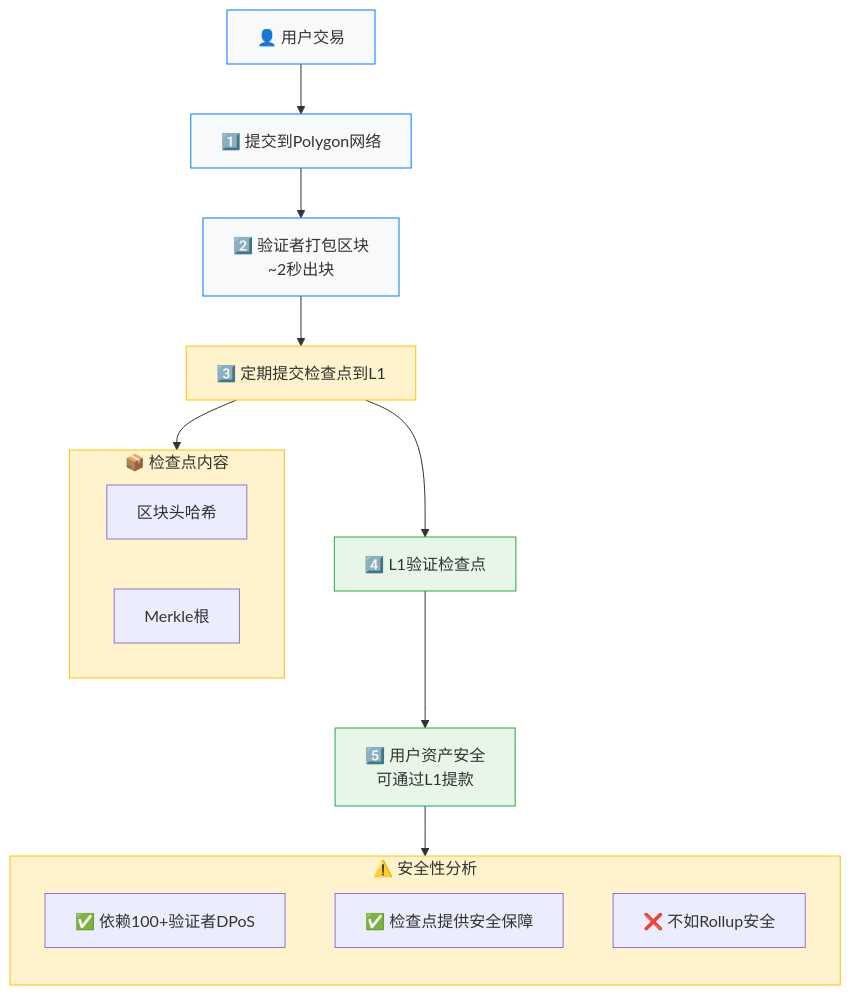
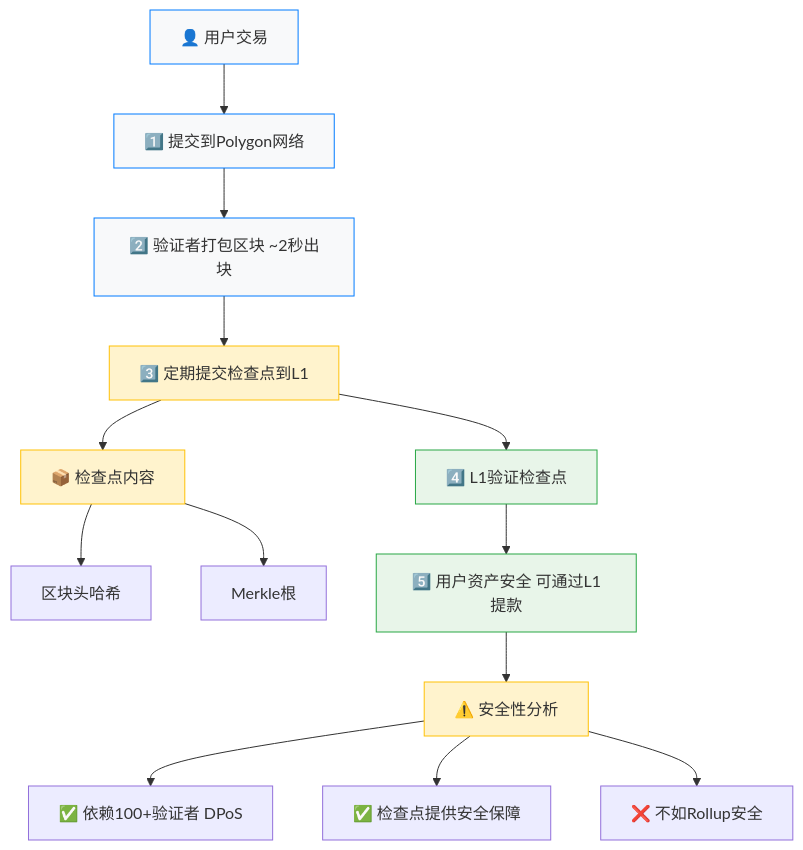
The eighth of 9 diagrams in docs/《精通以太坊》/第16章-以太坊扩容.md (web3-wallet-org/web3-wallet-notes), drawn with Mermaid before and after one commit. The commit also changed other lines of this file and 5 other files, not shown here.

````diff
--- a/docs/《精通以太坊》/第16章-以太坊扩容.md
+++ b/docs/《精通以太坊》/第16章-以太坊扩容.md
@@ -530,34 +544,36 @@
 ```mermaid
 graph TD
     A["👤 用户交易"] --> B["1️⃣ 提交到Polygon网络"]
-    B --> C["2️⃣ 验证者打包区块<br/>~2秒出块"]
+    B --> C["2️⃣ 验证者打包区块 ~2秒出块"]
     C --> D["3️⃣ 定期提交检查点到L1"]
     
-    subgraph Checkpoint["📦 检查点内容"]
-        direction LR
-        BlockHash["区块头哈希"]
-        MerkleRoot["Merkle根"]
-    end
+    Checkpoint["📦 检查点内容"]
+    BlockHash["区块头哈希"]
+    MerkleRoot["Merkle根"]
     
     D --> Checkpoint
+    Checkpoint --> BlockHash
+    Checkpoint --> MerkleRoot
+    
     D --> E["4️⃣ L1验证检查点"]
-    E --> F["5️⃣ 用户资产安全<br/>可通过L1提款"]
+    E --> F["5️⃣ 用户资产安全 可通过L1提款"]
     
-    subgraph Security["⚠️ 安全性分析"]
-        direction TB
-        S1["✅ 依赖100+验证者DPoS"]
-        S2["✅ 检查点提供安全保障"]
-        S3["❌ 不如Rollup安全"]
-    end
+    Security["⚠️ 安全性分析"]
+    S1["✅ 依赖100+验证者 DPoS"]
+    S2["✅ 检查点提供安全保障"]
+    S3["❌ 不如Rollup安全"]
     
     F --> Security
+    Security --> S1
+    Security --> S2
+    Security --> S3
     
     style A fill:#f8f9fa,stroke:#007bff,color:#333
     style B fill:#f8f9fa,stroke:#007bff,color:#333
     style C fill:#f8f9fa,stroke:#007bff,color:#333
     style D fill:#fff3cd,stroke:#ffc107,color:#333
     style Checkpoint fill:#fff3cd,stroke:#ffc107,color:#333
     style E fill:#e8f5e9,stroke:#28a745,color:#333
     style F fill:#e8f5e9,stroke:#28a745,color:#333
     style Security fill:#fff3cd,stroke:#ffc107,color:#333
 ```
````
